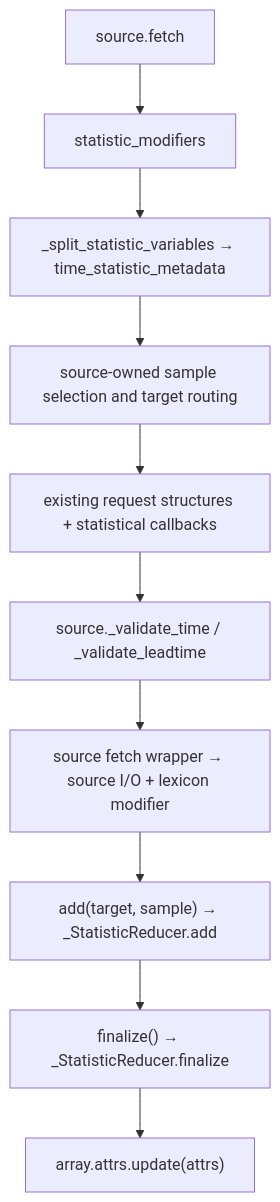
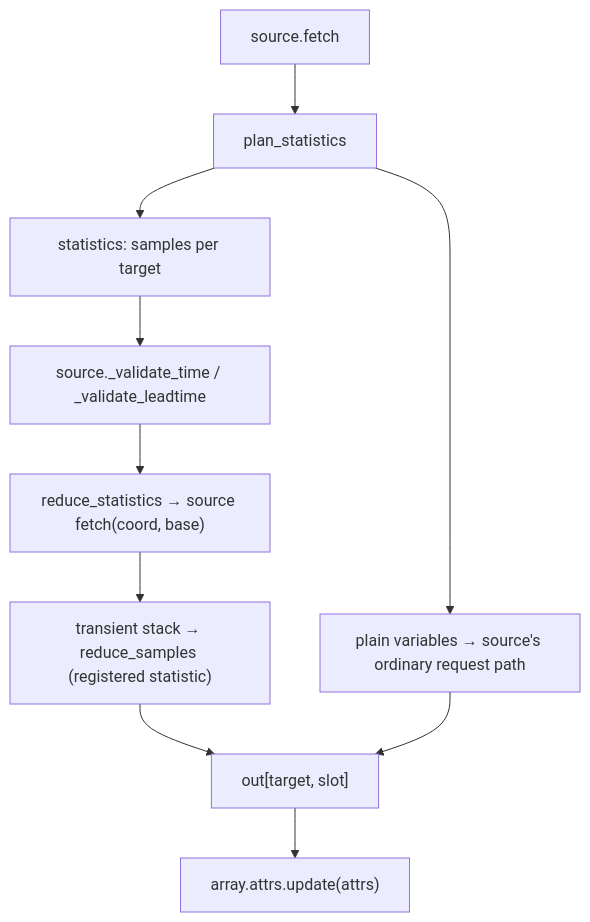
One commit to NVIDIA/earth2studio changed the diagram in dev/spec/TIME_STATISTICS_SPEC.md. Above: the diagram before and after it, drawn with Mermaid. The commit also changed other lines of this file and 16 other files, not shown here.

First line of the commit message:
refactor(data): reduce temporal statistics through plan/reduce helpers

````diff
--- a/dev/spec/TIME_STATISTICS_SPEC.md
+++ b/dev/spec/TIME_STATISTICS_SPEC.md
@@ -149,12 +143,12 @@
 ```mermaid
 flowchart TD
-    A["source.fetch"] --> B["statistic_modifiers"]
-    B --> C["_split_statistic_variables → time_statistic_metadata"]
-    C --> D["source-owned sample selection and target routing"]
-    D --> E["existing request structures + statistical callbacks"]
-    E --> F["source._validate_time / _validate_leadtime"]
-    F --> G["source fetch wrapper → source I/O + lexicon modifier"]
-    G --> H["add(target, sample) → _StatisticReducer.add"]
-    H --> I["finalize() → _StatisticReducer.finalize"]
-    I --> J["array.attrs.update(attrs)"]
+    A["source.fetch"] --> B["plan_statistics"]
+    B --> C["plain variables → source's ordinary request path"]
+    B --> D["statistics: samples per target"]
+    D --> E["source._validate_time / _validate_leadtime"]
+    E --> F["reduce_statistics → source fetch(coord, base)"]
+    F --> G["transient stack → reduce_samples (registered statistic)"]
+    G --> H["out[target, slot]"]
+    C --> H
+    H --> I["array.attrs.update(attrs)"]
 ```
````
